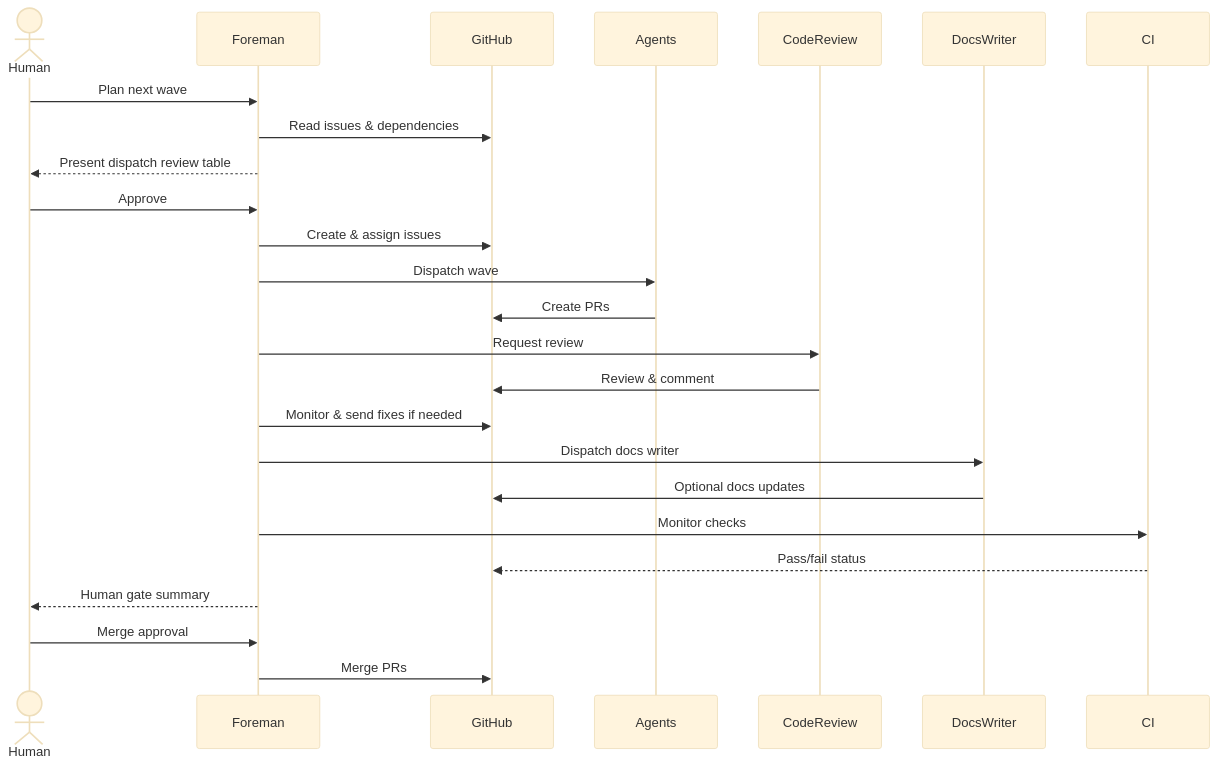
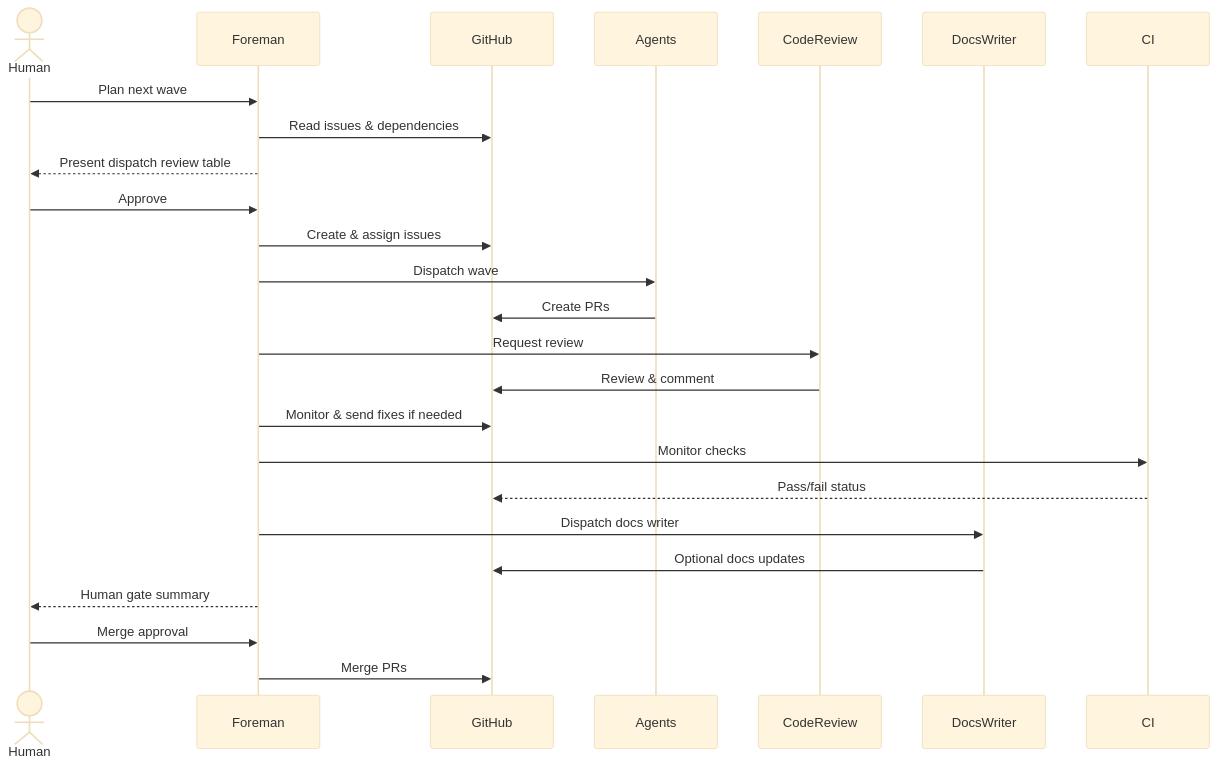
The diagram in README.md (ewega/github-foreman), drawn with Mermaid (base theme) before and after one commit. The commit also changed other lines of this file and 9 other files, not shown here.

````diff
--- a/README.md
+++ b/README.md
@@ -119,33 +74,33 @@
 ```mermaid
 sequenceDiagram
     actor Human
     participant Foreman
     participant GitHub
     participant Agents
     participant CodeReview
     participant DocsWriter
     participant CI
 
     Human->>Foreman: Plan next wave
     Foreman->>GitHub: Read issues & dependencies
     Foreman-->>Human: Present dispatch review table
     Human->>Foreman: Approve
     
     Foreman->>GitHub: Create & assign issues
     Foreman->>Agents: Dispatch wave
     Agents->>GitHub: Create PRs
     
     Foreman->>CodeReview: Request review
     CodeReview->>GitHub: Review & comment
     Foreman->>GitHub: Monitor & send fixes if needed
+
+    Foreman->>CI: Monitor checks
+    CI-->>GitHub: Pass/fail status
     
     Foreman->>DocsWriter: Dispatch docs writer
     DocsWriter->>GitHub: Optional docs updates
-    
-    Foreman->>CI: Monitor checks
-    CI-->>GitHub: Pass/fail status
     
     Foreman-->>Human: Human gate summary
     Human->>Foreman: Merge approval
     Foreman->>GitHub: Merge PRs
 ```
````
